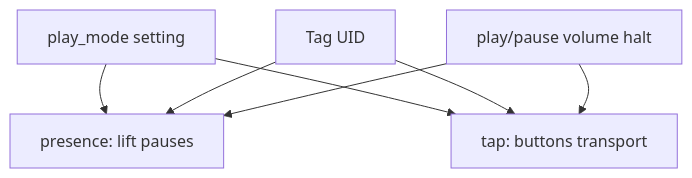
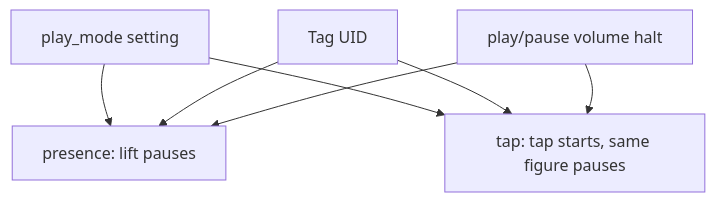
One commit to mzworthington/RoMini changed the diagram in docs/ADRs/0006-presence-and-tap-play-modes.md. Above: the diagram before and after it, drawn with Mermaid. The commit also changed 46 other files, not shown here.

````diff
--- a/docs/ADRs/0006-presence-and-tap-play-modes.md
+++ b/docs/ADRs/0006-presence-and-tap-play-modes.md
@@ -37,10 +37,10 @@
 ```mermaid
 flowchart TD
   settings["play_mode setting"]
   settings --> presence["presence: lift pauses"]
-  settings --> tap["tap: buttons transport"]
+  settings --> tap["tap: tap starts, same figure pauses"]
   nfc["Tag UID"] --> presence
   nfc --> tap
   buttons["play/pause volume halt"] --> tap
   buttons --> presence
 ```
````
